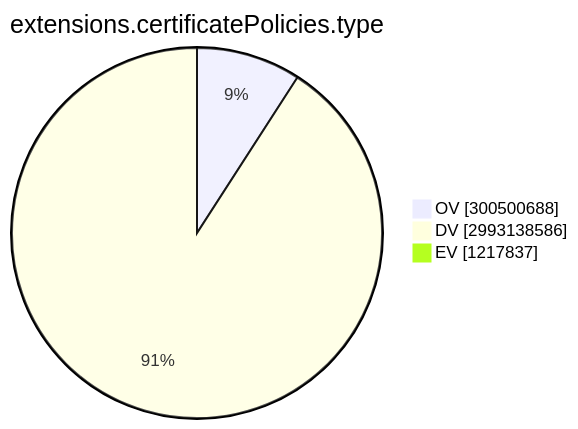
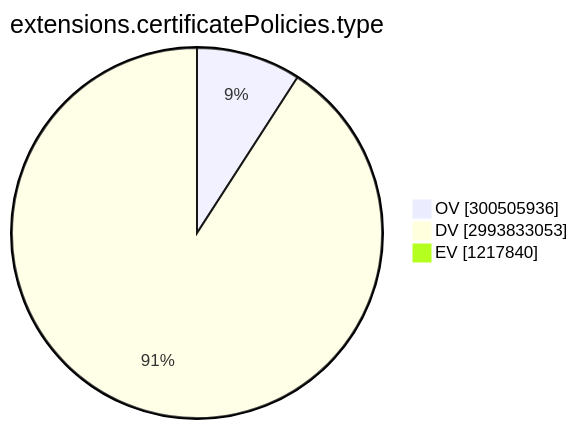
Before and after one commit to christiankrug/ctmonitor_visualization: the ninth of 15 diagrams in TOTAL/README.md, drawn with Mermaid. The commit also changed other lines of this file, not shown here.

````diff
--- a/TOTAL/README.md
+++ b/TOTAL/README.md
@@ -3102,7 +3102,7 @@
 ```mermaid
 pie showData
 title extensions.certificatePolicies.type
-"OV" :300500688
-"DV" :2993138586
-"EV" :1217837
+"OV" :300505936
+"DV" :2993833053
+"EV" :1217840
 ```
````
